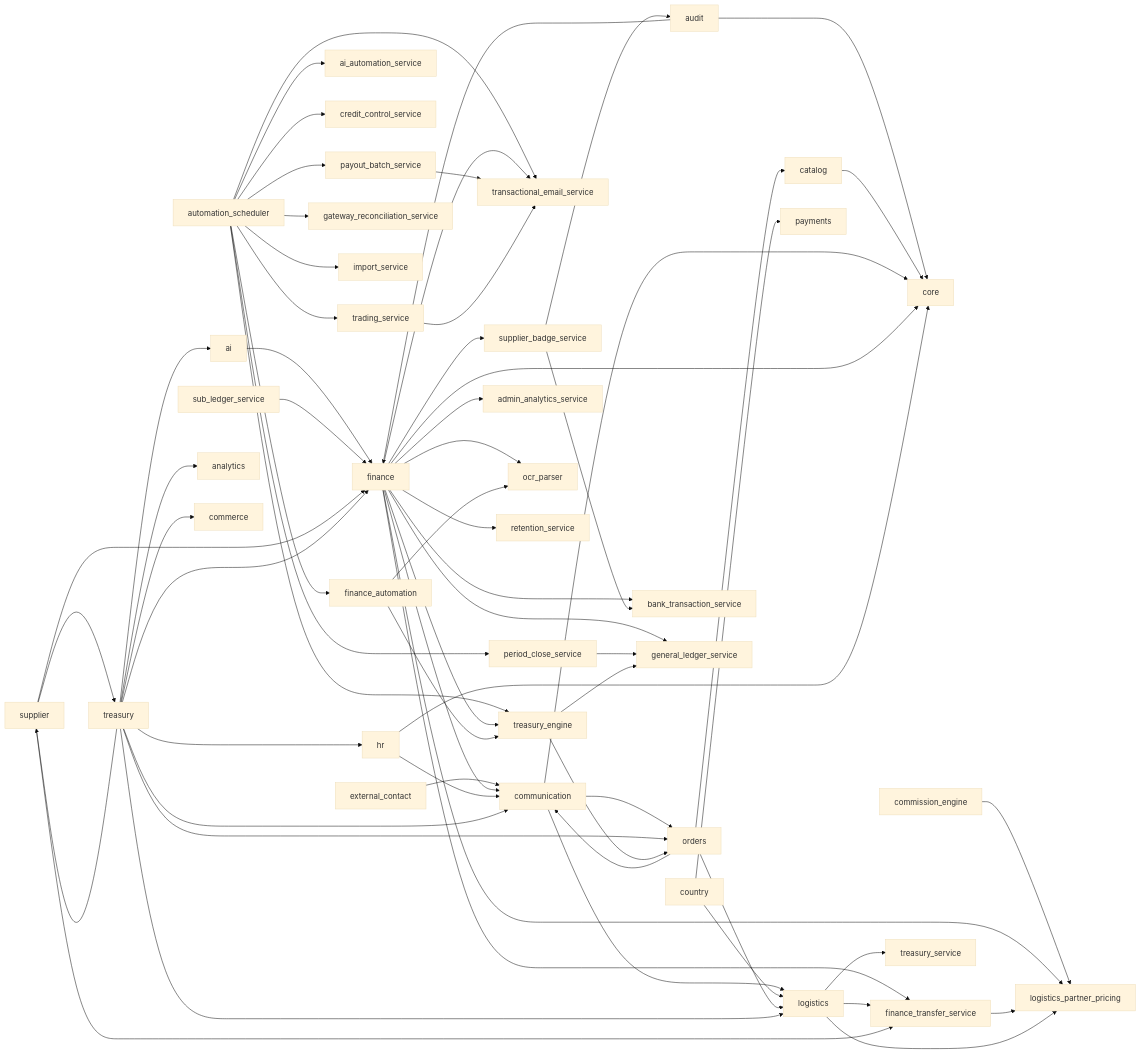
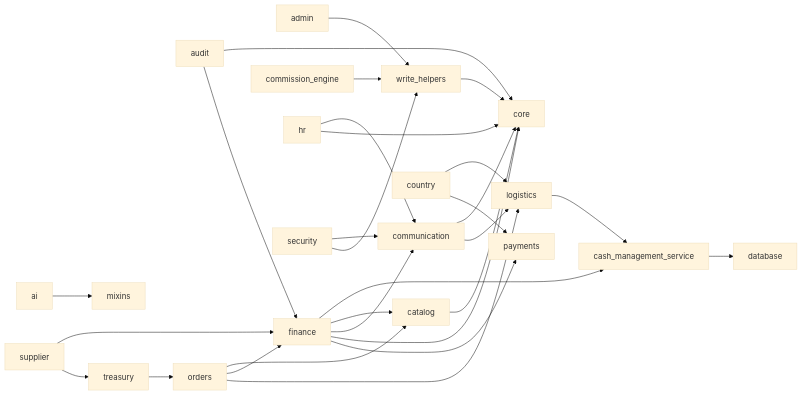
One commit to Makfuncky/zozi changed the diagram in .governance/architecture_graph.mmd. Above: the diagram before and after it, drawn with Mermaid (base theme). The commit also changed 988 other files, not shown here.

```diff
--- a/.governance/architecture_graph.mmd
+++ b/.governance/architecture_graph.mmd
@@ -1,66 +1,30 @@
 %% AUTO-GENERATED dependency graph — DO NOT HAND-EDIT.
 graph LR
-    ai --> finance
+    admin --> write_helpers
+    ai --> mixins
     audit --> core
     audit --> finance
-    automation_scheduler --> ai_automation_service
-    automation_scheduler --> credit_control_service
-    automation_scheduler --> finance_automation
-    automation_scheduler --> gateway_reconciliation_service
-    automation_scheduler --> import_service
-    automation_scheduler --> payout_batch_service
-    automation_scheduler --> period_close_service
-    automation_scheduler --> trading_service
-    automation_scheduler --> transactional_email_service
-    automation_scheduler --> treasury_engine
+    cash_management_service --> database
     catalog --> core
-    commission_engine --> logistics_partner_pricing
+    commission_engine --> write_helpers
     communication --> core
     communication --> logistics
-    communication --> orders
     country --> logistics
     country --> payments
-    external_contact --> communication
-    finance --> admin_analytics_service
-    finance --> bank_transaction_service
+    finance --> cash_management_service
+    finance --> catalog
     finance --> communication
     finance --> core
-    finance --> finance_transfer_service
-    finance --> general_ledger_service
-    finance --> logistics_partner_pricing
-    finance --> ocr_parser
-    finance --> retention_service
-    finance --> supplier_badge_service
-    finance --> transactional_email_service
-    finance --> treasury_engine
-    finance_automation --> ocr_parser
-    finance_automation --> treasury_engine
-    finance_transfer_service --> logistics_partner_pricing
+    finance --> payments
     hr --> communication
     hr --> core
-    logistics --> finance_transfer_service
-    logistics --> logistics_partner_pricing
-    logistics --> treasury_service
+    logistics --> cash_management_service
     orders --> catalog
-    orders --> communication
+    orders --> finance
     orders --> logistics
-    payout_batch_service --> transactional_email_service
-    period_close_service --> general_ledger_service
-    sub_ledger_service --> finance
+    security --> communication
+    security --> write_helpers
     supplier --> finance
-    supplier --> finance_transfer_service
     supplier --> treasury
-    supplier_badge_service --> audit
-    supplier_badge_service --> bank_transaction_service
-    trading_service --> transactional_email_service
-    treasury --> ai
-    treasury --> analytics
-    treasury --> commerce
-    treasury --> communication
-    treasury --> finance
-    treasury --> hr
-    treasury --> logistics
     treasury --> orders
-    treasury --> supplier
-    treasury_engine --> general_ledger_service
-    treasury_engine --> orders
+    write_helpers --> core
```
